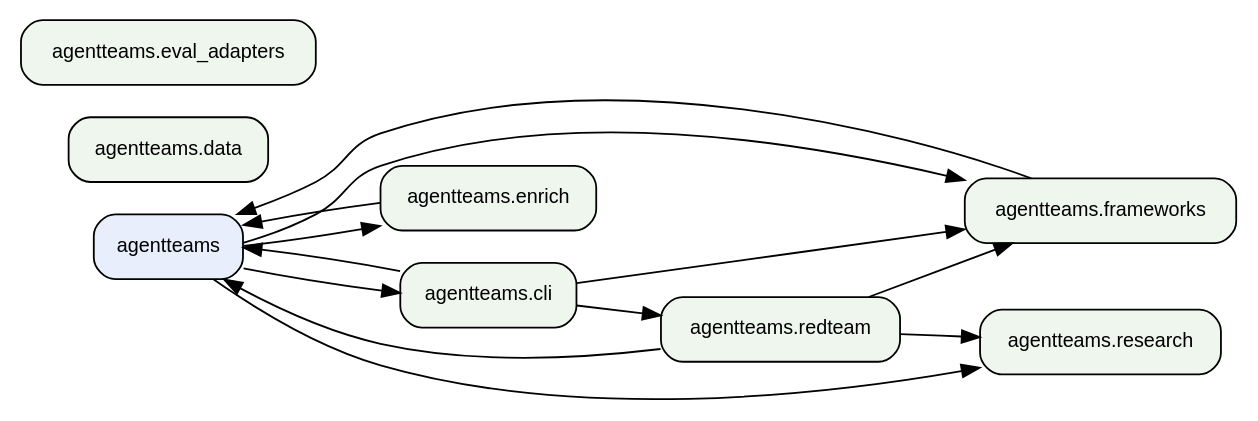
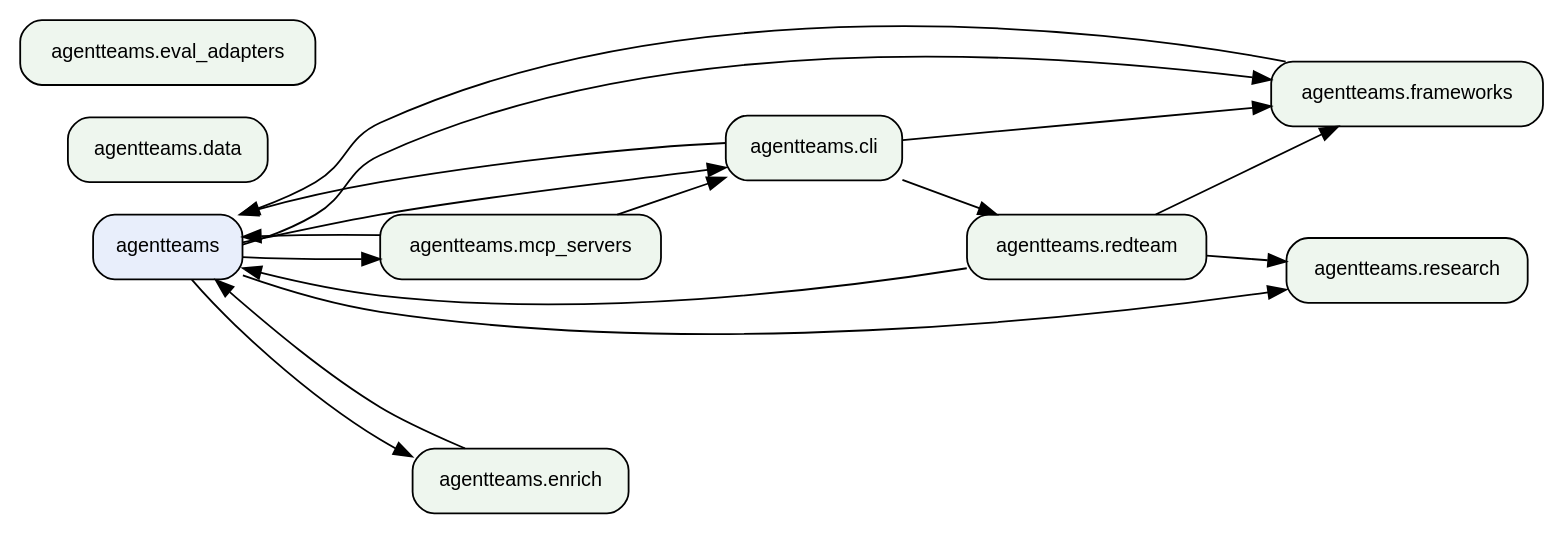
One commit to jlcatonjr/agentteams changed the second of 2 diagrams in references/architecture-graph.md. Above: the diagram before and after it, drawn with Graphviz. The commit also changed other lines of this file and 35 other files, not shown here.

First line of the commit message:
feat(mcp-catalog): foundational MCP servers, --serve-mcp, and the PR agents

````diff
--- a/references/architecture-graph.md
+++ b/references/architecture-graph.md
@@ -317,27 +328,31 @@
 ```dot
 digraph "agentteams architecture" {
     rankdir=LR;
     node [fontname="Helvetica", fontsize=11, shape=box, style="rounded,filled", fillcolor="#eef6ee"];
     edge [fontsize=9];
     "agentteams" [fillcolor="#e8eefb"];
     "agentteams.cli" [fillcolor="#eef6ee"];
     "agentteams.data" [fillcolor="#eef6ee"];
     "agentteams.enrich" [fillcolor="#eef6ee"];
     "agentteams.eval_adapters" [fillcolor="#eef6ee"];
     "agentteams.frameworks" [fillcolor="#eef6ee"];
+    "agentteams.mcp_servers" [fillcolor="#eef6ee"];
     "agentteams.redteam" [fillcolor="#eef6ee"];
     "agentteams.research" [fillcolor="#eef6ee"];
     "agentteams" -> "agentteams.cli";
     "agentteams" -> "agentteams.enrich";
     "agentteams" -> "agentteams.frameworks";
+    "agentteams" -> "agentteams.mcp_servers";
     "agentteams" -> "agentteams.research";
     "agentteams.cli" -> "agentteams";
     "agentteams.cli" -> "agentteams.frameworks";
     "agentteams.cli" -> "agentteams.redteam";
     "agentteams.enrich" -> "agentteams";
     "agentteams.frameworks" -> "agentteams";
+    "agentteams.mcp_servers" -> "agentteams";
+    "agentteams.mcp_servers" -> "agentteams.cli";
     "agentteams.redteam" -> "agentteams";
     "agentteams.redteam" -> "agentteams.frameworks";
     "agentteams.redteam" -> "agentteams.research";
 }
 ```
````
